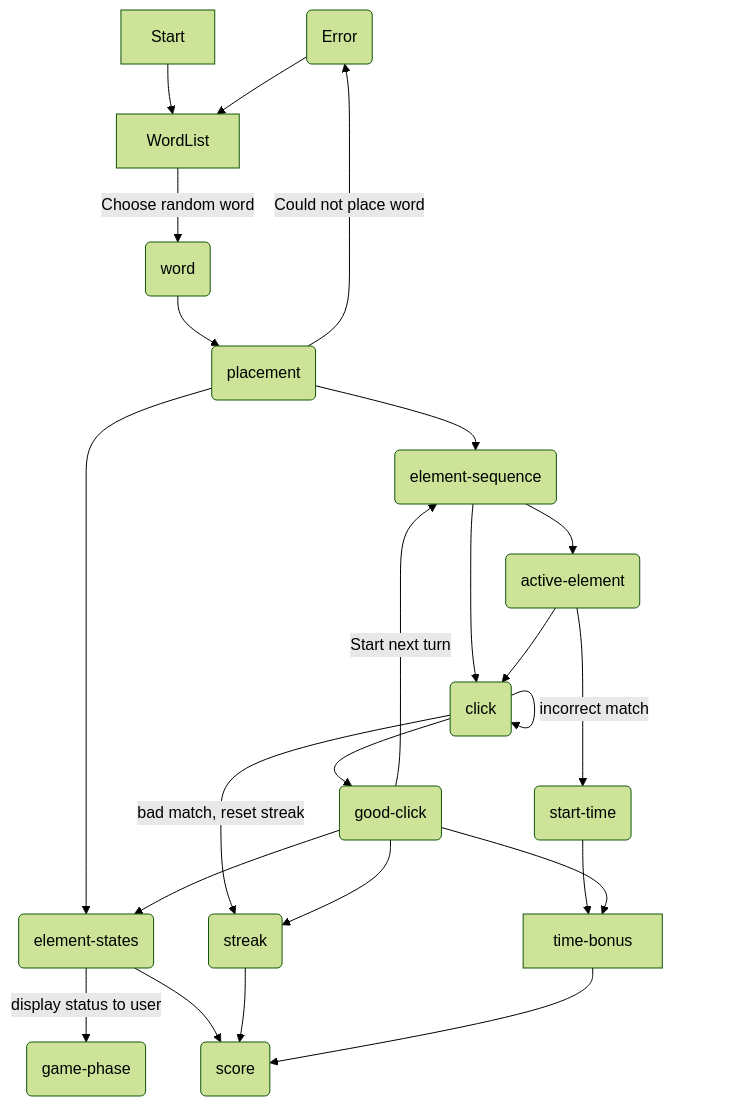
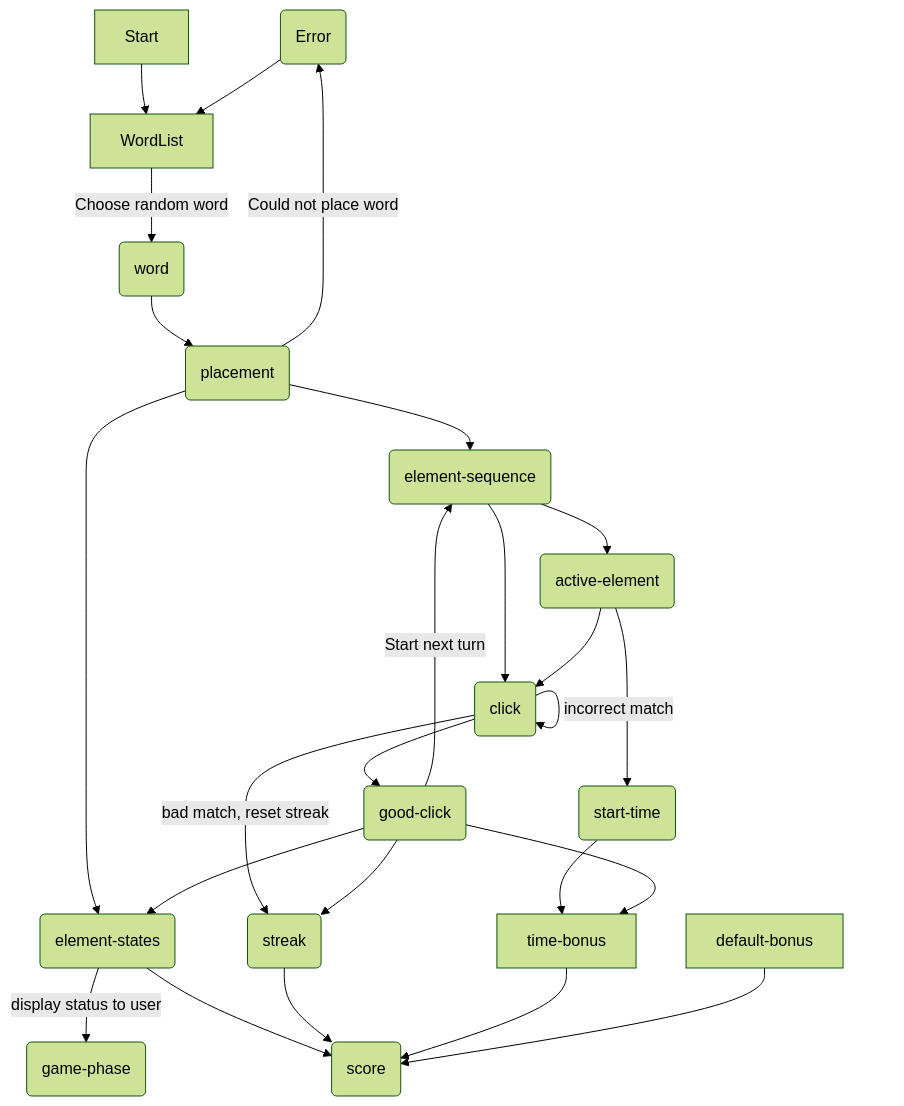
Before and after one commit to Hewitt-Learning/Hewitt-Chemistry-Games-Compound-Decoder: the second of 2 diagrams in README.md, drawn with Mermaid (forest theme). The commit also changed other lines of this file and 2 other files, not shown here.

````diff
--- a/README.md
+++ b/README.md
@@ -92,38 +92,39 @@
 ```mermaid
 graph TD
     %% define word & place on periodic table
     State0(Error)
     Start --> WordList
     WordList -- Choose random word --> State1(word) 
     State1 --> State2(placement) --> State3(element-states)
     State2 -- Could not place word --> State0
     State0 --> WordList
 
     %% word has been placed on table, begin game setup
     State2 --> State4(element-sequence)
     State4 --> State5(active-element)
     State5  ---> State10(start-time)
     State10  --> time-bonus
 
     %% Game has been setup, handle if a click is good or bad
     State4 --> State6(click)
     State6 -- incorrect match --> State6
     State6 -- bad match, reset streak --> State9
     State6 --> Click2(good-click)
     State5 --> State6
     Click2 --> State3
     Click2 --> time-bonus
     State3 -- display status to user --> State7(game-phase)
 
     %% Determine scoring
     %% Score is added to if match attempt is good, and is broken into
     %% Base points per correct match, streak bonus, and time bonus
     State3 --> State8(score)
     Click2 --> State9(streak) 
     State9 --> State8 
     time-bonus --> State8
+    default-bonus --> State8
 
     Click2 -- Start next turn --> State4
 
 
 ```
````
